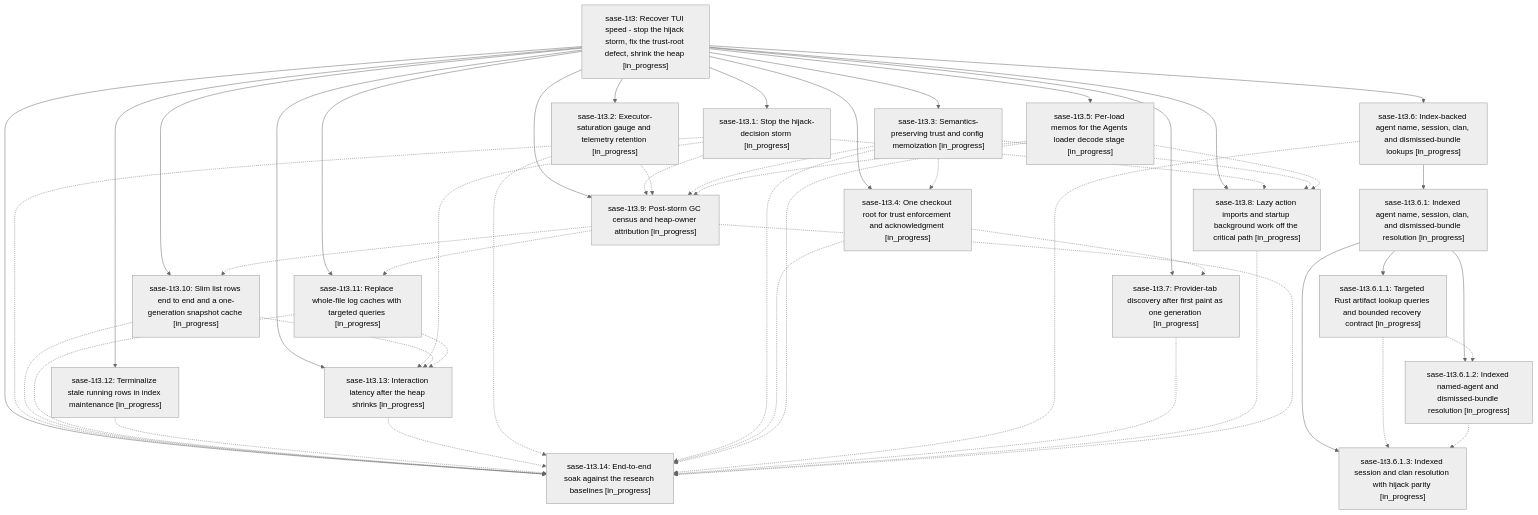
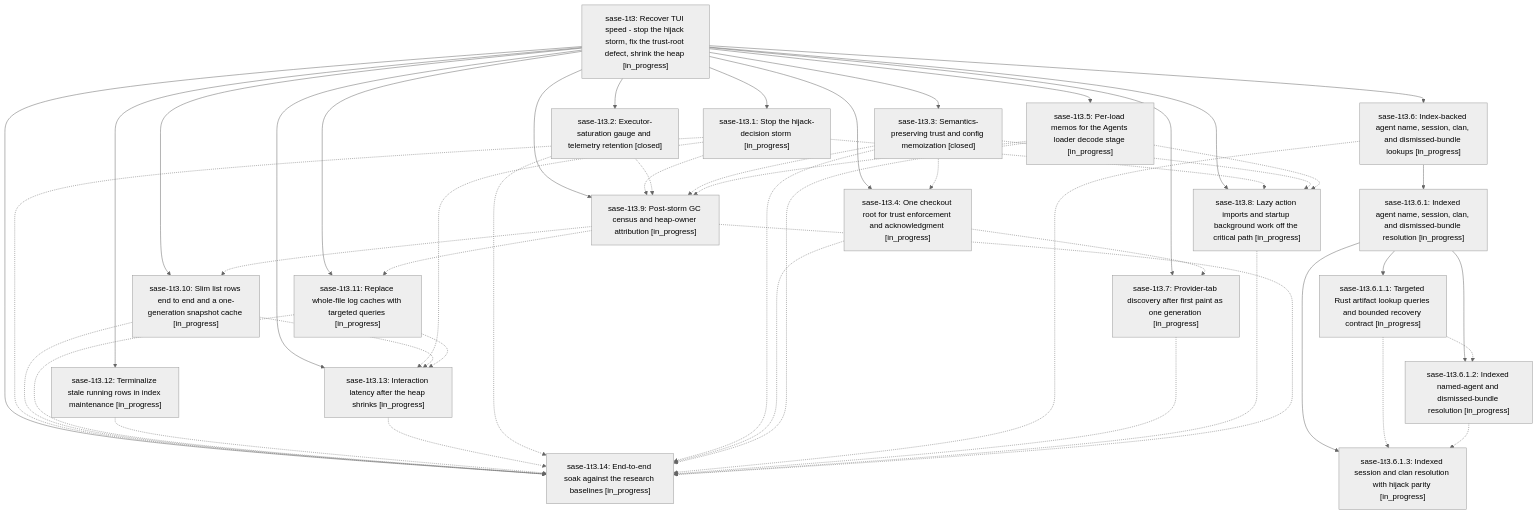
The diagram in pages/sase-1t3/README.md (sase-org/sase--beads), drawn with Mermaid (neutral theme) before and after one commit. The commit also changed other lines of this file and 6 other files, not shown here.

````diff
--- a/pages/sase-1t3/README.md
+++ b/pages/sase-1t3/README.md
@@ -47,70 +47,70 @@
 ```mermaid
 flowchart TD
     n0["sase-1t3: Recover TUI speed - stop the hijack storm, fix the trust-root defect, shrink the heap [in_progress]"]
     n1["sase-1t3.1: Stop the hijack-decision storm [in_progress]"]
     n2["sase-1t3.10: Slim list rows end to end and a one-generation snapshot cache [in_progress]"]
     n3["sase-1t3.11: Replace whole-file log caches with targeted queries [in_progress]"]
     n4["sase-1t3.12: Terminalize stale running rows in index maintenance [in_progress]"]
     n5["sase-1t3.13: Interaction latency after the heap shrinks [in_progress]"]
     n6["sase-1t3.14: End-to-end soak against the research baselines [in_progress]"]
-    n7["sase-1t3.2: Executor-saturation gauge and telemetry retention [in_progress]"]
-    n8["sase-1t3.3: Semantics-preserving trust and config memoization [in_progress]"]
+    n7["sase-1t3.2: Executor-saturation gauge and telemetry retention [closed]"]
+    n8["sase-1t3.3: Semantics-preserving trust and config memoization [closed]"]
     n9["sase-1t3.4: One checkout root for trust enforcement and acknowledgment [in_progress]"]
     n10["sase-1t3.5: Per-load memos for the Agents loader decode stage [in_progress]"]
     n11["sase-1t3.6: Index-backed agent name, session, clan, and dismissed-bundle lookups [in_progress]"]
     n12["sase-1t3.6.1: Indexed agent name, session, clan, and dismissed-bundle resolution [in_progress]"]
     n13["sase-1t3.6.1.1: Targeted Rust artifact lookup queries and bounded recovery contract [in_progress]"]
     n14["sase-1t3.6.1.2: Indexed named-agent and dismissed-bundle resolution [in_progress]"]
     n15["sase-1t3.6.1.3: Indexed session and clan resolution with hijack parity [in_progress]"]
     n16["sase-1t3.7: Provider-tab discovery after first paint as one generation [in_progress]"]
     n17["sase-1t3.8: Lazy action imports and startup background work off the critical path [in_progress]"]
     n18["sase-1t3.9: Post-storm GC census and heap-owner attribution [in_progress]"]
     n0 --> n1
     n0 --> n2
     n0 --> n3
     n0 --> n4
     n0 --> n5
     n0 --> n6
     n0 --> n7
     n0 --> n8
     n0 --> n9
     n0 --> n10
     n0 --> n11
     n11 --> n12
     n12 --> n13
     n12 --> n14
     n12 --> n15
     n0 --> n16
     n0 --> n17
     n0 --> n18
     n1 -.-> n5
     n1 -.-> n6
     n1 -.-> n17
     n1 -.-> n18
     n2 -.-> n5
     n2 -.-> n6
     n3 -.-> n5
     n3 -.-> n6
     n4 -.-> n6
     n5 -.-> n6
     n7 -.-> n6
     n7 -.-> n18
     n8 -.-> n6
     n8 -.-> n9
     n8 -.-> n17
     n8 -.-> n18
     n9 -.-> n6
     n9 -.-> n16
     n10 -.-> n6
     n10 -.-> n17
     n10 -.-> n18
     n11 -.-> n6
     n13 -.-> n14
     n13 -.-> n15
     n14 -.-> n15
     n16 -.-> n6
     n17 -.-> n6
     n18 -.-> n2
     n18 -.-> n3
     n18 -.-> n6
 ```
````
